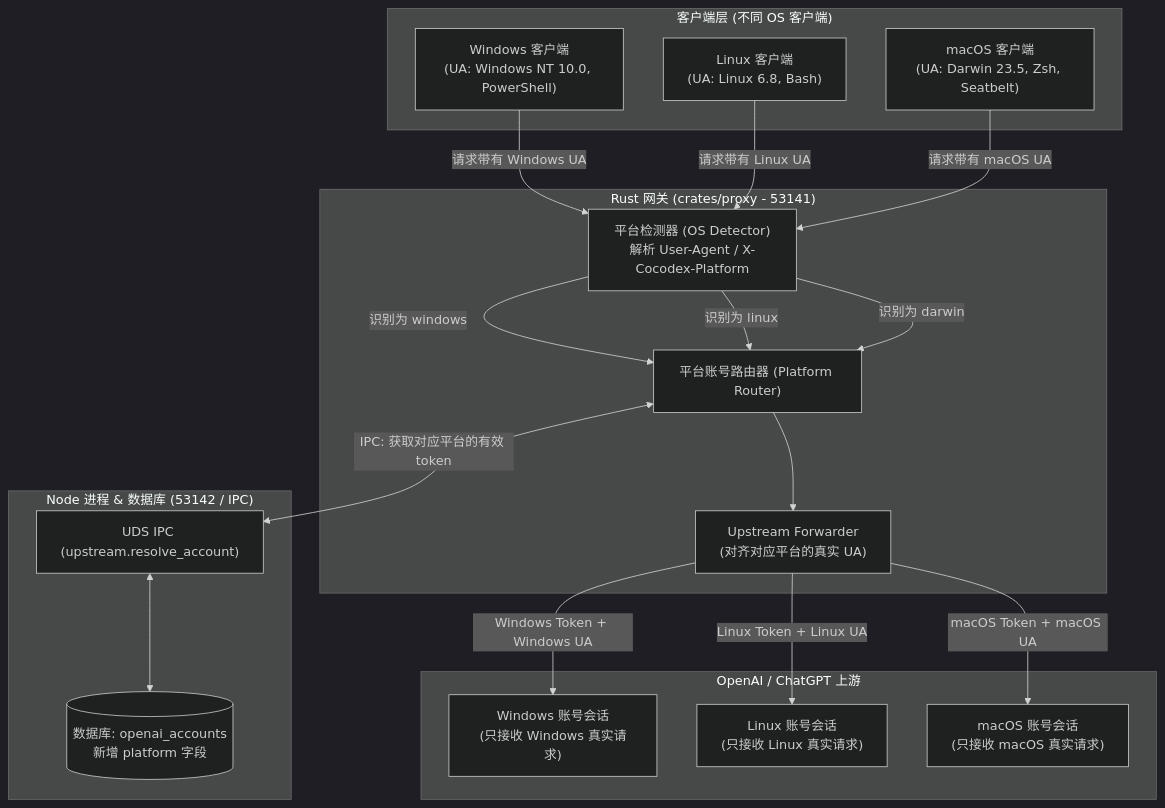
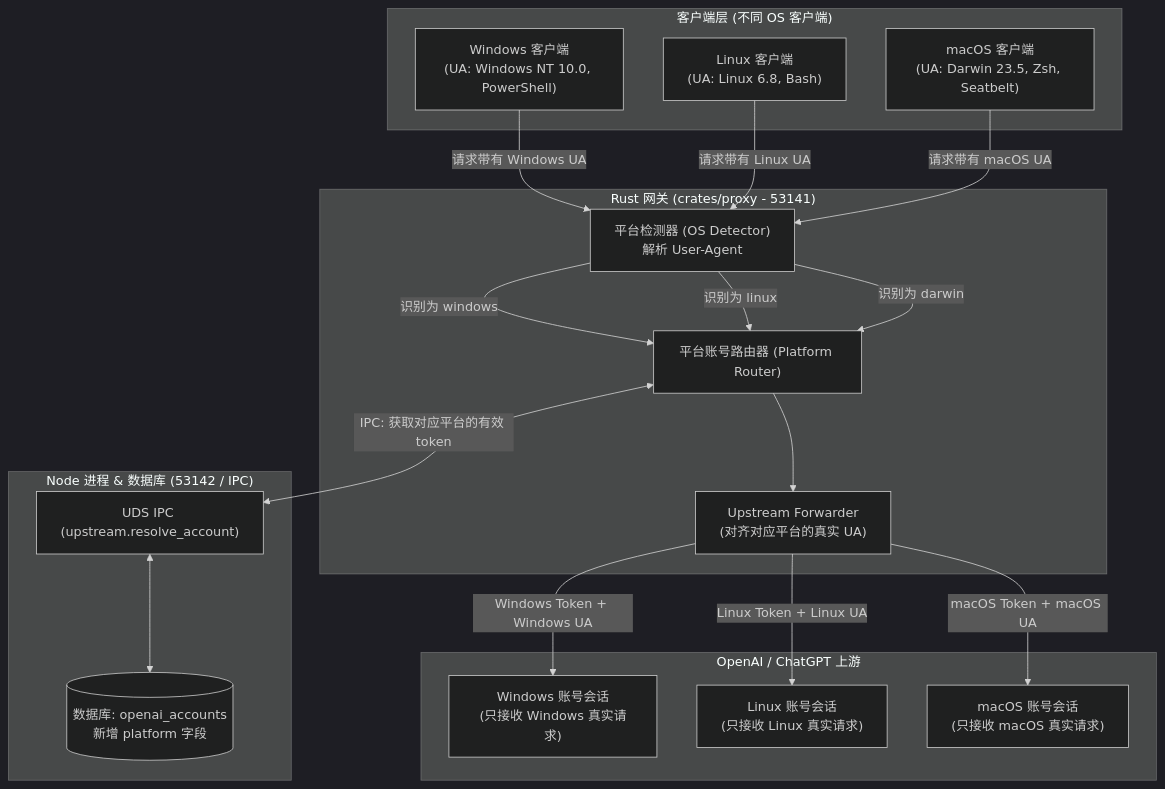
One commit to 0reki/cocodex changed the diagram in implement.md. Above: the diagram before and after it, drawn with Mermaid (dark theme). The commit also changed other lines of this file and 29 other files, not shown here.

````diff
--- a/implement.md
+++ b/implement.md
@@ -16,41 +16,41 @@
 ```mermaid
 flowchart TD
     subgraph Clients["客户端层 (不同 OS 客户端)"]
         WinClient["Windows 客户端<br/>(UA: Windows NT 10.0, PowerShell)"]
         LinuxClient["Linux 客户端<br/>(UA: Linux 6.8, Bash)"]
         MacClient["macOS 客户端<br/>(UA: Darwin 23.5, Zsh, Seatbelt)"]
     end
 
     subgraph Proxy["Rust 网关 (crates/proxy - 53141)"]
-        Detector["平台检测器 (OS Detector)<br/>解析 User-Agent / X-Cocodex-Platform"]
+        Detector["平台检测器 (OS Detector)<br/>解析 User-Agent"]
         Router["平台账号路由器 (Platform Router)"]
         Forwarder["Upstream Forwarder<br/>(对齐对应平台的真实 UA)"]
     end
 
     subgraph NodeIPC["Node 进程 & 数据库 (53142 / IPC)"]
         IPC["UDS IPC (upstream.resolve_account)"]
         DB[("数据库: openai_accounts<br/>新增 platform 字段")]
     end
 
     subgraph OpenAIUpstream["OpenAI / ChatGPT 上游"]
         UpstreamWin["Windows 账号会话<br/>(只接收 Windows 真实请求)"]
         UpstreamLinux["Linux 账号会话<br/>(只接收 Linux 真实请求)"]
         UpstreamMac["macOS 账号会话<br/>(只接收 macOS 真实请求)"]
     end
 
     WinClient -->|请求带有 Windows UA| Detector
     LinuxClient -->|请求带有 Linux UA| Detector
     MacClient -->|请求带有 macOS UA| Detector
 
     Detector -->|识别为 windows| Router
     Detector -->|识别为 linux| Router
     Detector -->|识别为 darwin| Router
 
     Router <-->|IPC: 获取对应平台的有效 token| IPC
     IPC <--> DB
 
     Router --> Forwarder
     Forwarder -->|Windows Token + Windows UA| UpstreamWin
     Forwarder -->|Linux Token + Linux UA| UpstreamLinux
     Forwarder -->|macOS Token + macOS UA| UpstreamMac
 ```
````
